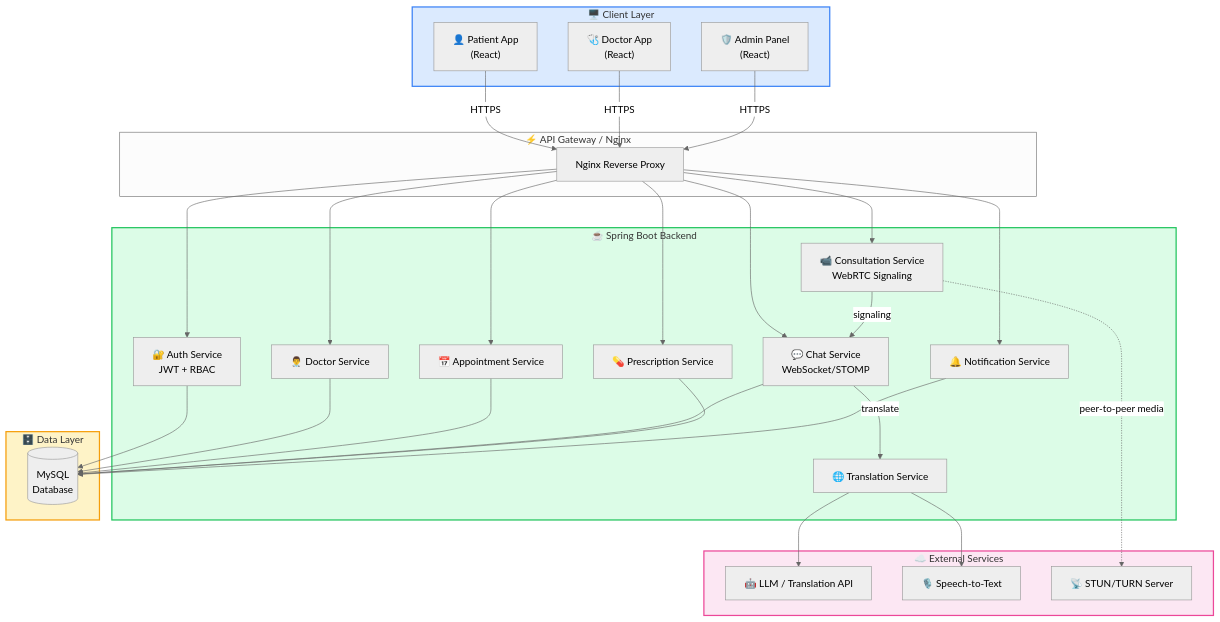
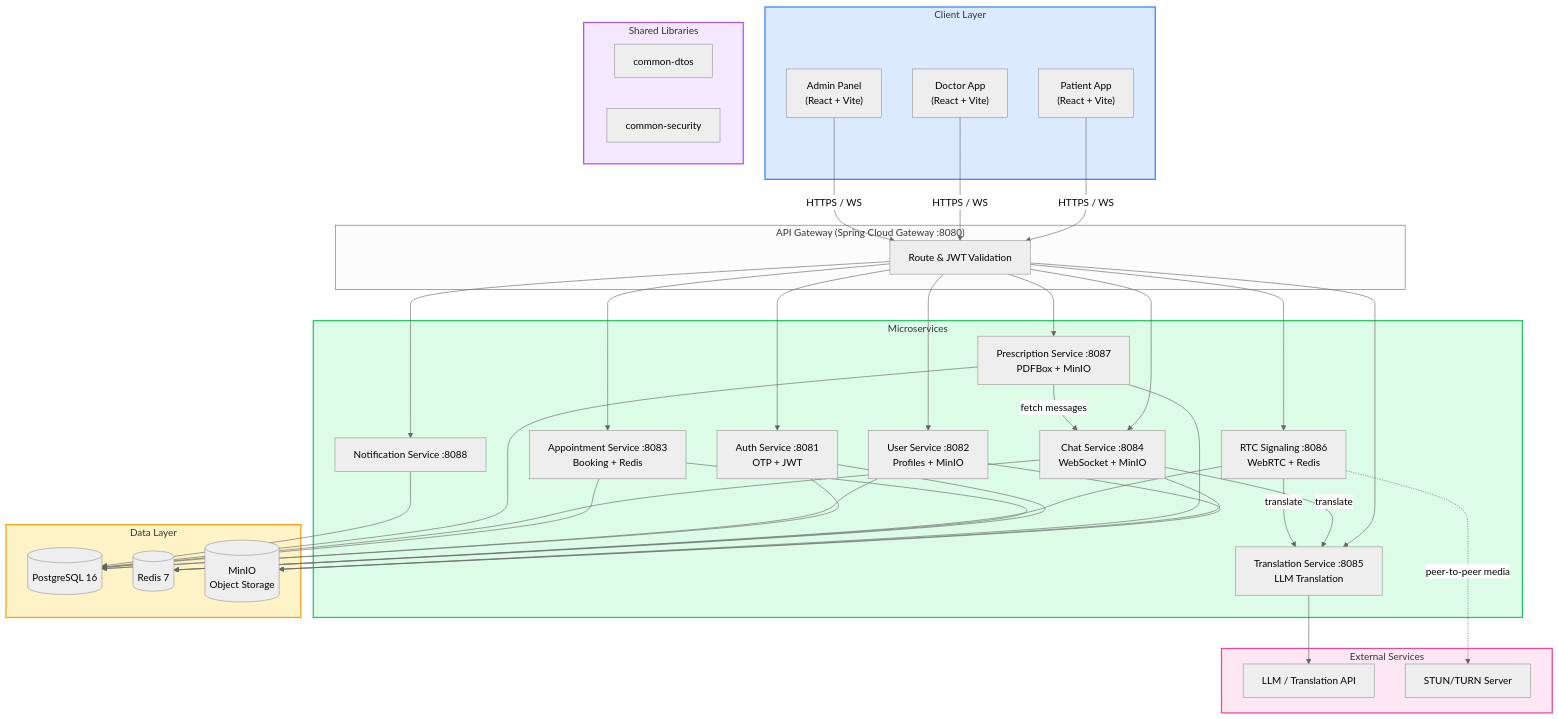
One commit to shivamgoyalCD/SwasthyaSetu changed the second of 6 diagrams in README.md. Above: the diagram before and after it, drawn with Mermaid (neutral theme). The commit also changed other lines of this file, not shown here.

````diff
--- a/README.md
+++ b/README.md
@@ -134,47 +136,57 @@
 ```mermaid
 graph TB
-    subgraph Client["🖥️ Client Layer"]
-        PA["👤 Patient App<br/>(React)"]
-        DA["🩺 Doctor App<br/>(React)"]
-        AA["🛡️ Admin Panel<br/>(React)"]
+    subgraph Client["Client Layer"]
+        PA["Patient App<br/>(React + Vite)"]
+        DA["Doctor App<br/>(React + Vite)"]
+        AA["Admin Panel<br/>(React + Vite)"]
     end
 
-    subgraph API["⚡ API Gateway / Nginx"]
-        NG["Nginx Reverse Proxy"]
+    subgraph Gateway["API Gateway (Spring Cloud Gateway :8080)"]
+        GW["Route & JWT Validation"]
     end
 
-    subgraph Backend["☕ Spring Boot Backend"]
-        AUTH["🔐 Auth Service<br/>JWT + RBAC"]
-        DOC["👨‍⚕️ Doctor Service"]
-        APT["📅 Appointment Service"]
-        CHAT["💬 Chat Service<br/>WebSocket/STOMP"]
-        CONSULT["📹 Consultation Service<br/>WebRTC Signaling"]
-        RX["💊 Prescription Service"]
-        NOTIF["🔔 Notification Service"]
-        TRANS["🌐 Translation Service"]
+    subgraph Services["Microservices"]
+        AUTH["Auth Service :8081<br/>OTP + JWT"]
+        USER["User Service :8082<br/>Profiles + MinIO"]
+        APT["Appointment Service :8083<br/>Booking + Redis"]
+        CHAT["Chat Service :8084<br/>WebSocket + MinIO"]
+        TRANS["Translation Service :8085<br/>LLM Translation"]
+        RTC["RTC Signaling :8086<br/>WebRTC + Redis"]
+        RX["Prescription Service :8087<br/>PDFBox + MinIO"]
+        NOTIF["Notification Service :8088"]
     end
 
-    subgraph Data["🗄️ Data Layer"]
-        DB[("MySQL<br/>Database")]
+    subgraph Data["Data Layer"]
+        PG[("PostgreSQL 16")]
+        REDIS[("Redis 7")]
+        MINIO[("MinIO<br/>Object Storage")]
     end
 
-    subgraph External["☁️ External Services"]
-        LLM["🤖 LLM / Translation API"]
-        STT["🎙️ Speech-to-Text"]
-        STUN["📡 STUN/TURN Server"]
+    subgraph Shared["Shared Libraries"]
+        DTO["common-dtos"]
+        SEC["common-security"]
     end
 
-    PA & DA & AA -->|HTTPS| NG
-    NG --> AUTH & DOC & APT & CHAT & CONSULT & RX & NOTIF
+    subgraph External["External Services"]
+        LLM["LLM / Translation API"]
+        STUN["STUN/TURN Server"]
+    end
+
+    PA & DA & AA -->|HTTPS / WS| GW
+    GW --> AUTH & USER & APT & CHAT & TRANS & RTC & RX & NOTIF
     CHAT -->|translate| TRANS
-    CONSULT -->|signaling| CHAT
+    RTC -->|translate| TRANS
+    RX -->|fetch messages| CHAT
     TRANS --> LLM
-    TRANS --> STT
-    CONSULT -.->|peer-to-peer media| STUN
-    AUTH & DOC & APT & CHAT & RX & NOTIF --> DB
+    RTC -.->|peer-to-peer media| STUN
+    AUTH & APT --> REDIS
+    RTC --> REDIS
+    AUTH & USER & APT & CHAT & RX & NOTIF --> PG
+    USER & CHAT & RX --> MINIO
 
     style Client fill:#dbeafe,stroke:#3b82f6,stroke-width:2px
-    style Backend fill:#dcfce7,stroke:#22c55e,stroke-width:2px
+    style Services fill:#dcfce7,stroke:#22c55e,stroke-width:2px
     style Data fill:#fef3c7,stroke:#f59e0b,stroke-width:2px
     style External fill:#fce7f3,stroke:#ec4899,stroke-width:2px
+    style Shared fill:#f3e8ff,stroke:#a855f7,stroke-width:2px
 ```
````
